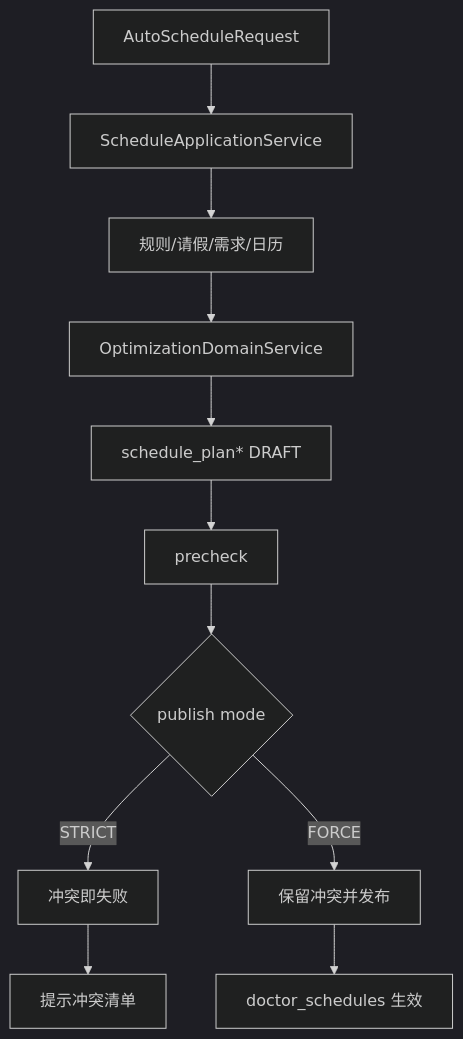
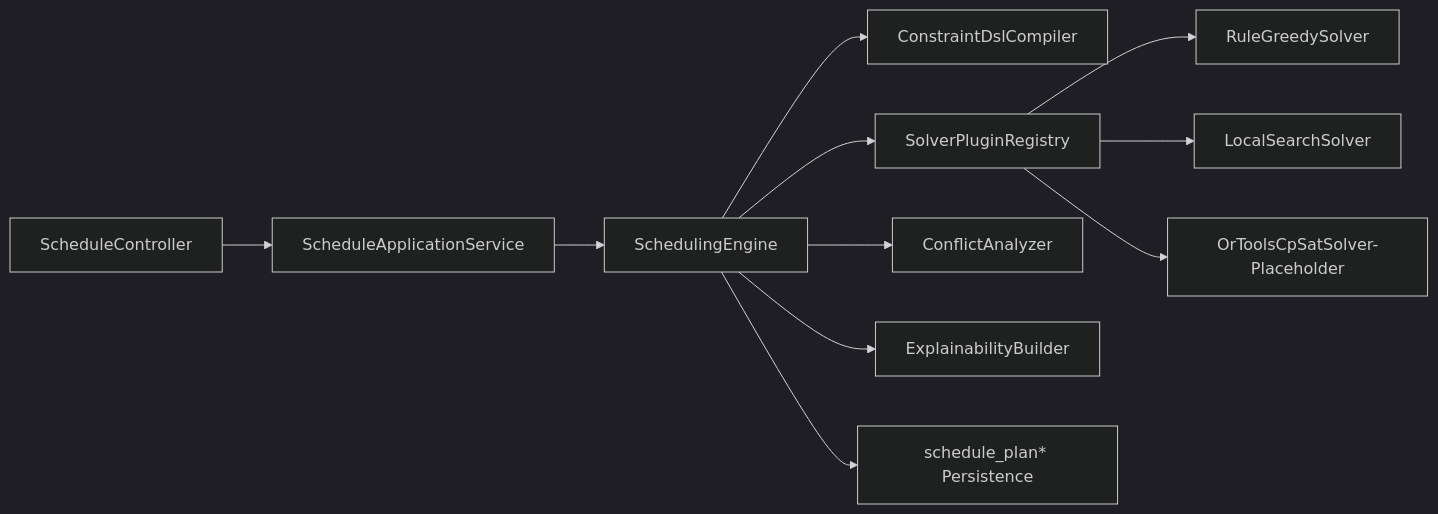
Before and after one commit to JianwenShaw/MediAskDocs: the diagram in docs/18-SCHEDULING_CORE_UPGRADE.md, drawn with Mermaid (dark theme). The commit also changed other lines of this file, not shown here.

Commit message:
docs(schedule): 升级排班引擎 V3.1 实施方案

````diff
--- a/docs/18-SCHEDULING_CORE_UPGRADE.md
+++ b/docs/18-SCHEDULING_CORE_UPGRADE.md
@@ -87,13 +37,13 @@
 ```mermaid
-flowchart TD
-    A[AutoScheduleRequest] --> B[ScheduleApplicationService]
-    B --> C[规则/请假/需求/日历]
-    C --> D[OptimizationDomainService]
-    D --> E[schedule_plan* DRAFT]
-    E --> F[precheck]
-    F --> G{publish mode}
-    G -->|STRICT| H[冲突即失败]
-    G -->|FORCE| I[保留冲突并发布]
-    I --> J[doctor_schedules 生效]
-    H --> K[提示冲突清单]
+flowchart LR
+    A[ScheduleController] --> B[ScheduleApplicationService]
+    B --> C[SchedulingEngine]
+    C --> D[ConstraintDslCompiler]
+    C --> E[SolverPluginRegistry]
+    E --> F[RuleGreedySolver]
+    E --> G[LocalSearchSolver]
+    E --> H[OrToolsCpSatSolver-Placeholder]
+    C --> I[ConflictAnalyzer]
+    C --> J[ExplainabilityBuilder]
+    C --> K[schedule_plan* Persistence]
 ```
````
